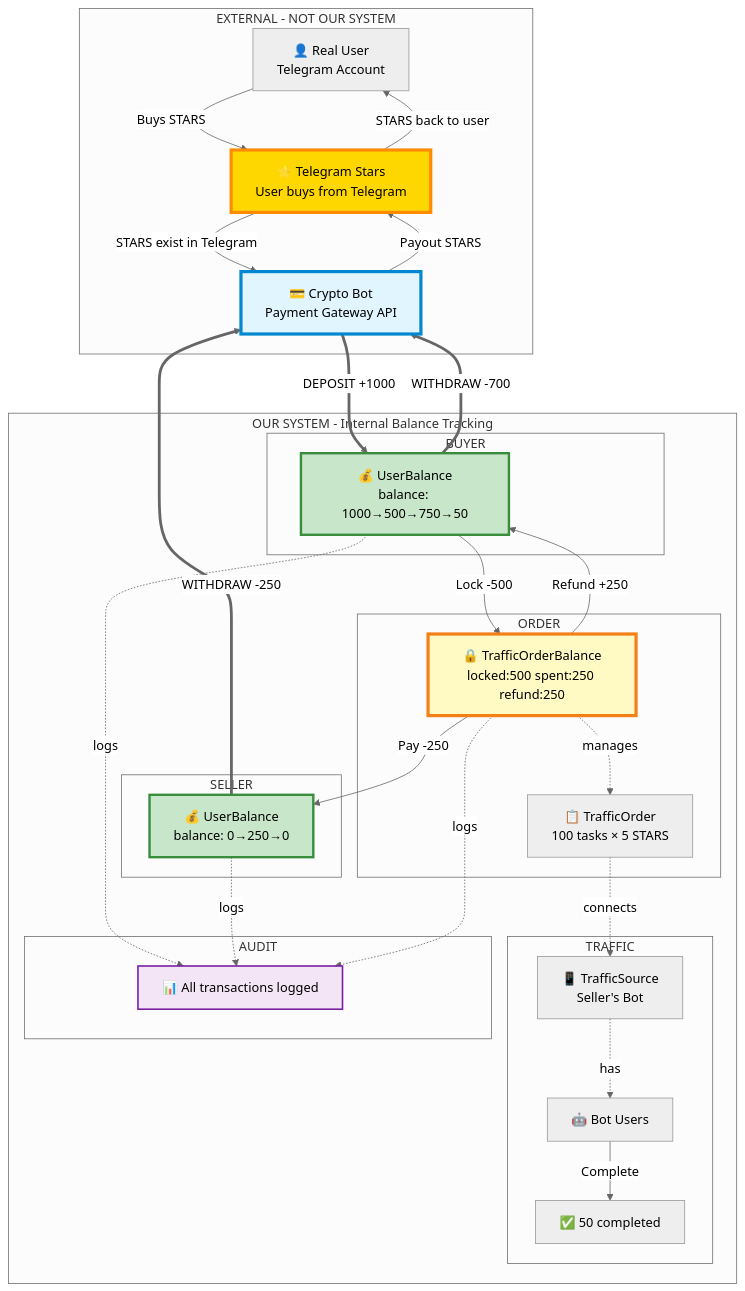
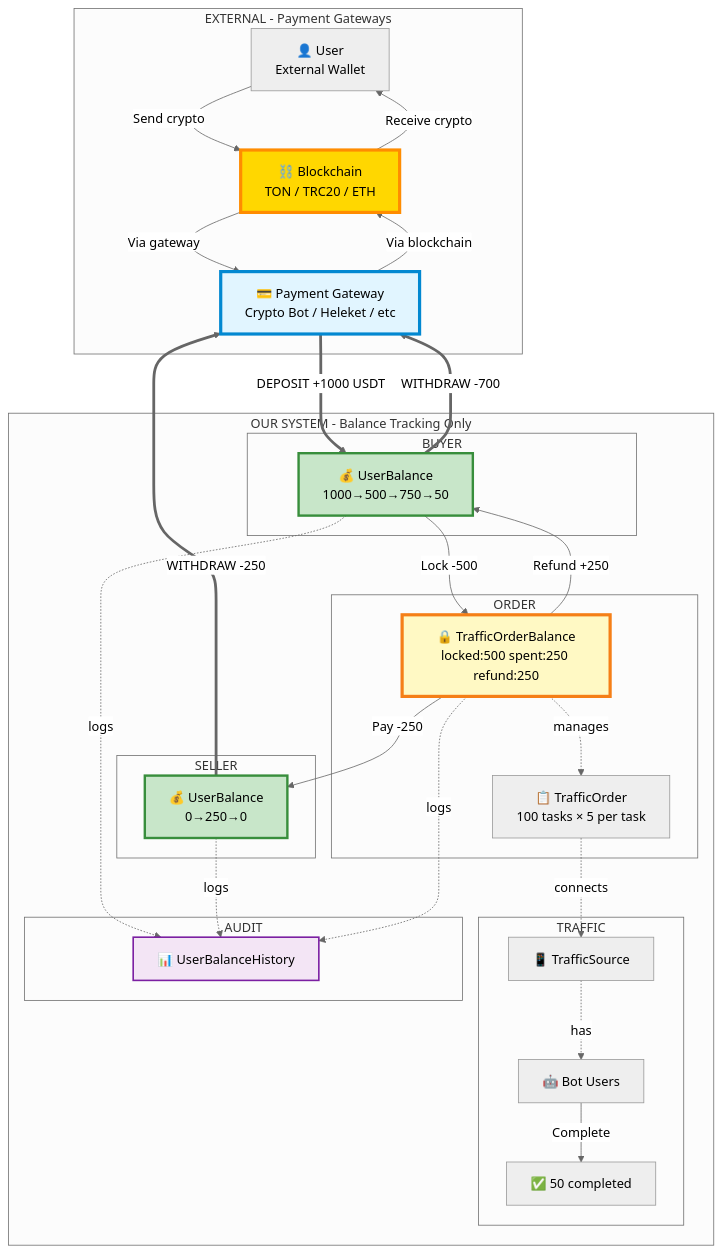
Before and after one commit to nmime/motiv-buy: the diagram in monorepo/docs/COMPLETE-MONEY-FLOW.md, drawn with Mermaid (neutral theme). The commit also changed other lines of this file, not shown here.

Commit message:
docs(traffic): remove STARS, use actual supported currencies
FIXED: Removed STARS (not supported) and replaced with actual currencies:
- Fiat: USD, EUR, RUB
- Crypto: USDT, TON, BTC, ETH, BNB, TRX, USDC, LTC, DOGE, DAI, DASH, BCH, SOL

Diagram now shows:
- External: User Wallet → Blockchain → Payment Gateway
- Our System: Internal balance tracking only
- Example uses USDT (common stablecoin)
- Clear that we don't create/own crypto - only track deposits/withdrawals

Payment gateways: Crypto Bot, Heleket, etc.

````diff
--- a/monorepo/docs/COMPLETE-MONEY-FLOW.md
+++ b/monorepo/docs/COMPLETE-MONEY-FLOW.md
@@ -5,75 +5,69 @@
 ```mermaid
 graph TB
-    subgraph "EXTERNAL - NOT OUR SYSTEM"
-        User[👤 Real User<br/>Telegram Account]
-        TG[⭐ Telegram Stars<br/>User buys from Telegram]
-        CB[💳 Crypto Bot<br/>Payment Gateway API]
+    subgraph "EXTERNAL - Payment Gateways"
+        User[👤 User<br/>External Wallet]
+        Gateway[💳 Payment Gateway<br/>Crypto Bot / Heleket / etc]
+        Blockchain[⛓️ Blockchain<br/>TON / TRC20 / ETH]
     end
 
-    subgraph "OUR SYSTEM - Internal Balance Tracking"
+    subgraph "OUR SYSTEM - Balance Tracking Only"
         subgraph "BUYER"
-            BBal[💰 UserBalance<br/>balance: 1000→500→750→50]
+            BBal[💰 UserBalance<br/>1000→500→750→50]
         end
 
         subgraph "ORDER"
             Reserve[🔒 TrafficOrderBalance<br/>locked:500 spent:250 refund:250]
-            Order[📋 TrafficOrder<br/>100 tasks × 5 STARS]
+            Order[📋 TrafficOrder<br/>100 tasks × 5 per task]
         end
 
         subgraph "TRAFFIC"
-            Source[📱 TrafficSource<br/>Seller's Bot]
+            Source[📱 TrafficSource]
             Users[🤖 Bot Users]
             Actions[✅ 50 completed]
         end
 
         subgraph "SELLER"
-            SBal[💰 UserBalance<br/>balance: 0→250→0]
+            SBal[💰 UserBalance<br/>0→250→0]
         end
 
         subgraph "AUDIT"
-            History[📊 All transactions logged]
+            History[📊 UserBalanceHistory]
         end
     end
 
-    %% External: User buys STARS from Telegram
-    User -->|Buys STARS| TG
-    TG -->|STARS exist in Telegram| CB
+    %% External deposits
+    User -->|Send crypto| Blockchain
+    Blockchain -->|Via gateway| Gateway
 
-    %% DEPOSIT: External → Our System
-    CB ==>|DEPOSIT +1000| BBal
+    %% DEPOSIT: External → Our System (we only track)
+    Gateway ==>|DEPOSIT +1000 USDT| BBal
 
-    %% Lock Flow (Internal)
+    %% Internal flows (our ledger)
     BBal -->|Lock -500| Reserve
     Reserve -.manages.-> Order
-
-    %% Traffic Flow (Internal)
     Order -.connects.-> Source
     Source -.has.-> Users
     Users -->|Complete| Actions
-
-    %% Spend Flow (Internal)
     Reserve -->|Pay -250| SBal
-
-    %% Refund Flow (Internal)
     Reserve -->|Refund +250| BBal
 
     %% WITHDRAW: Our System → External
-    BBal ==>|WITHDRAW -700| CB
-    SBal ==>|WITHDRAW -250| CB
+    BBal ==>|WITHDRAW -700| Gateway
+    SBal ==>|WITHDRAW -250| Gateway
 
-    %% External: Crypto Bot pays out to Telegram
-    CB -->|Payout STARS| TG
-    TG -->|STARS back to user| User
+    %% External withdrawals
+    Gateway -->|Via blockchain| Blockchain
+    Blockchain -->|Receive crypto| User
 
-    %% Audit (Internal)
+    %% Audit trail
     BBal -.logs.-> History
     SBal -.logs.-> History
     Reserve -.logs.-> History
 
-    style TG fill:#ffd700,stroke:#ff8c00,stroke-width:4px
-    style CB fill:#e1f5ff,stroke:#0288d1,stroke-width:4px
+    style Blockchain fill:#ffd700,stroke:#ff8c00,stroke-width:4px
+    style Gateway fill:#e1f5ff,stroke:#0288d1,stroke-width:4px
     style Reserve fill:#fff9c4,stroke:#f57f17,stroke-width:4px
     style BBal fill:#c8e6c9,stroke:#388e3c,stroke-width:3px
     style SBal fill:#c8e6c9,stroke:#388e3c,stroke-width:3px
     style History fill:#f3e5f5,stroke:#7b1fa2,stroke-width:2px
 ```
````
